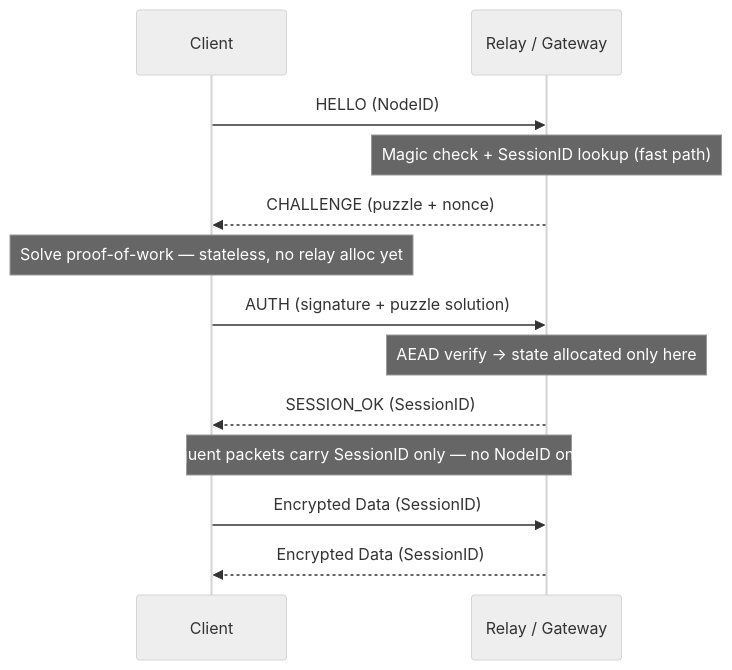
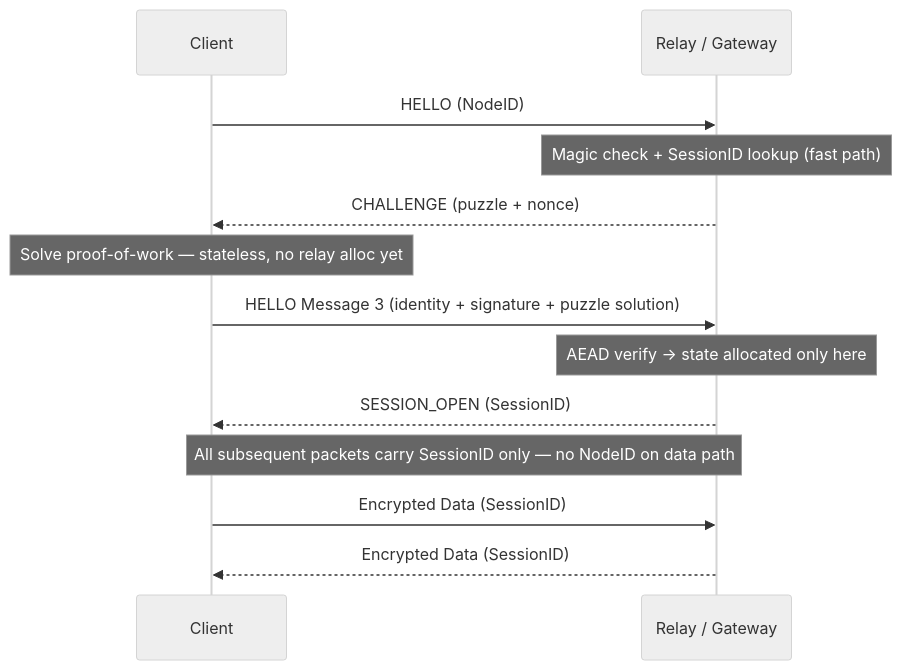
Diagram 14 of 20 in README.md (priceflex/ztlp), drawn with Mermaid (neutral theme) before and after one commit. The commit also changed other lines of this file, not shown here.

````diff
--- a/README.md
+++ b/README.md
@@ -4237,16 +4355,16 @@
 ```mermaid
 sequenceDiagram
     participant C as Client
     participant R as Relay / Gateway
 
     C->>R: HELLO (NodeID)
     Note over R: Magic check + SessionID lookup (fast path)
     R-->>C: CHALLENGE (puzzle + nonce)
     Note over C: Solve proof-of-work — stateless, no relay alloc yet
-    C->>R: AUTH (signature + puzzle solution)
+    C->>R: HELLO Message 3 (identity + signature + puzzle solution)
     Note over R: AEAD verify → state allocated only here
-    R-->>C: SESSION_OK (SessionID)
+    R-->>C: SESSION_OPEN (SessionID)
     Note over C,R: All subsequent packets carry SessionID only — no NodeID on data path
     C->>R: Encrypted Data (SessionID)
     R-->>C: Encrypted Data (SessionID)
 ```
````
